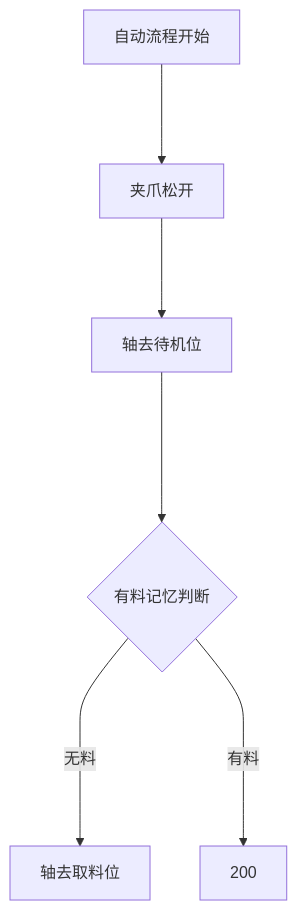
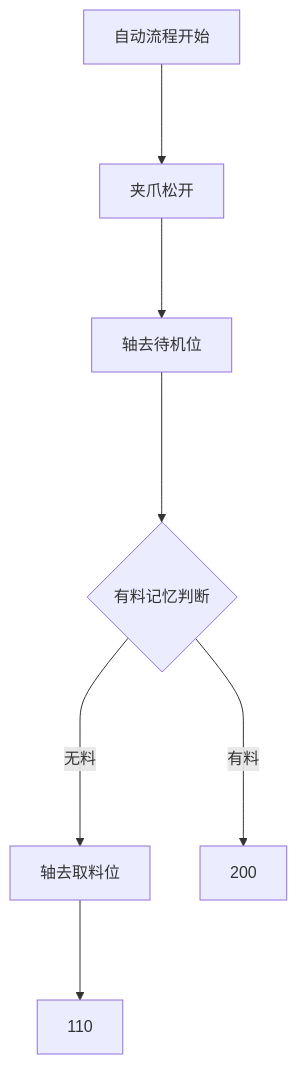
Before and after one commit to zmq000/iodraw-files: the diagram in all/OP70工位8插载具左工位.md, drawn with Mermaid.

Commit message:
2026-06-17 18:40:53 update

````diff
--- a/all/OP70工位8插载具左工位.md
+++ b/all/OP70工位8插载具左工位.md
@@ -1,9 +1,9 @@
 ```mermaid
 graph TD
 自动流程开始--->10
 10[夹爪松开]--->20
 20[轴去待机位]---->30
 30{有料记忆判断}---->|无料|100
 30---->|有料|200
-100[轴去取料位]  
+100[轴去取料位]--->110
 ```
````
